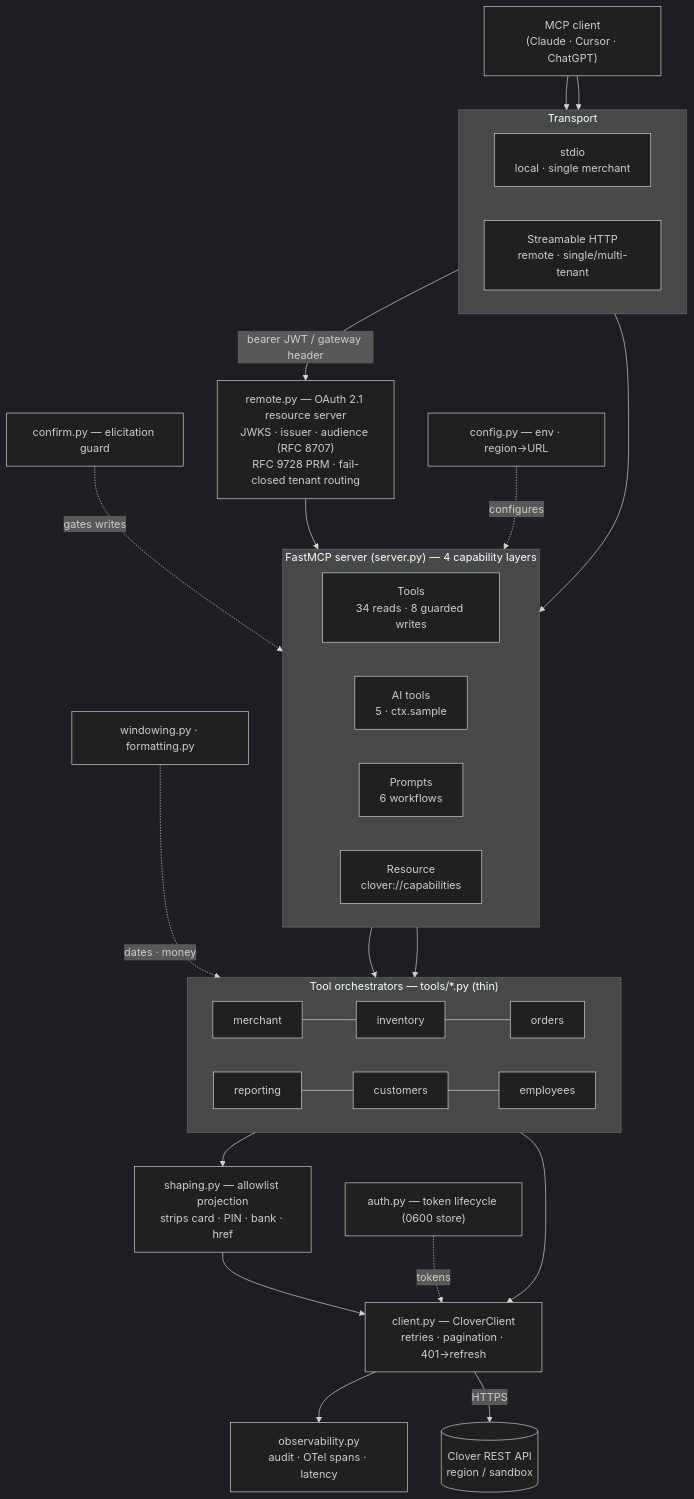
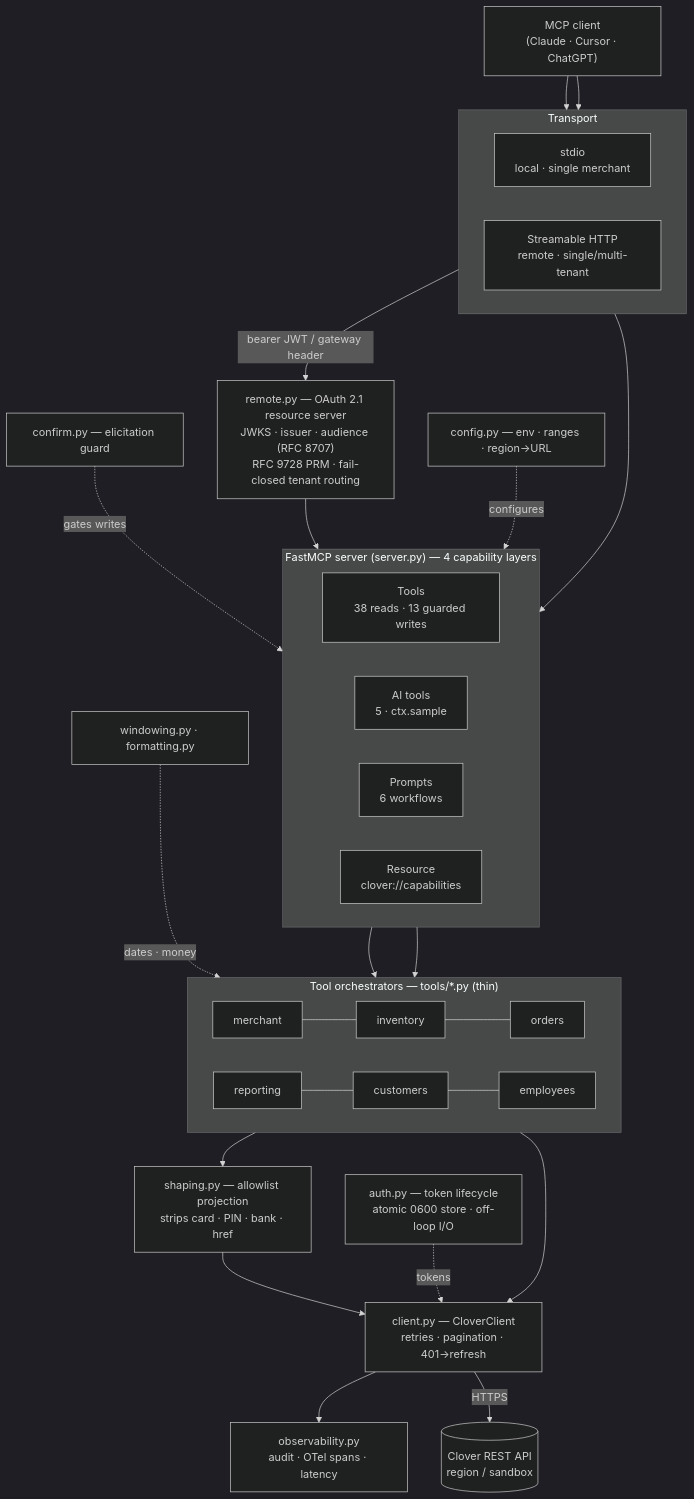
The first of 2 diagrams in docs/ARCHITECTURE.md (SBolivarLoL/clover-mcp-server), drawn with Mermaid (dark theme) before and after one commit. The commit also changed other lines of this file and 15 other files, not shown here.

````diff
--- a/docs/ARCHITECTURE.md
+++ b/docs/ARCHITECTURE.md
@@ -10,43 +10,43 @@
 ```mermaid
 flowchart TB
     Client["MCP client<br/>(Claude · Cursor · ChatGPT)"]
 
     subgraph Transport
         direction LR
         Stdio["stdio<br/>local · single merchant"]
         Http["Streamable HTTP<br/>remote · single/multi-tenant"]
     end
     Client --> Stdio
     Client --> Http
 
     Http -->|"bearer JWT / gateway header"| Auth["remote.py — OAuth 2.1 resource server<br/>JWKS · issuer · audience (RFC 8707)<br/>RFC 9728 PRM · fail-closed tenant routing"]
 
     subgraph Server["FastMCP server (server.py) — 4 capability layers"]
         direction LR
-        Tools["Tools<br/>34 reads · 8 guarded writes"]
+        Tools["Tools<br/>38 reads · 13 guarded writes"]
         AI["AI tools<br/>5 · ctx.sample"]
         Prompts["Prompts<br/>6 workflows"]
         Res["Resource<br/>clover://capabilities"]
     end
     Stdio --> Server
     Auth --> Server
 
     Tools --> Orch
     AI --> Orch
     subgraph Orch["Tool orchestrators — tools/*.py (thin)"]
         direction LR
         Merchant[merchant] --- Inventory[inventory] --- Orders[orders]
         Reporting[reporting] --- Customers[customers] --- Employees[employees]
     end
 
     Orch --> Shaping["shaping.py — allowlist projection<br/>strips card · PIN · bank · href"]
     Orch --> CClient["client.py — CloverClient<br/>retries · pagination · 401→refresh"]
     Shaping --> CClient
     CClient --> Obs["observability.py<br/>audit · OTel spans · latency"]
     CClient -->|HTTPS| Clover[("Clover REST API<br/>region / sandbox")]
 
-    Config["config.py — env · region→URL"] -. configures .-> Server
-    AuthLife["auth.py — token lifecycle (0600 store)"] -. tokens .-> CClient
+    Config["config.py — env · ranges · region→URL"] -. configures .-> Server
+    AuthLife["auth.py — token lifecycle<br/>atomic 0600 store · off-loop I/O"] -. tokens .-> CClient
     Confirm["confirm.py — elicitation guard"] -. gates writes .-> Tools
     Window["windowing.py · formatting.py"] -. dates · money .-> Reporting
 ```
````
